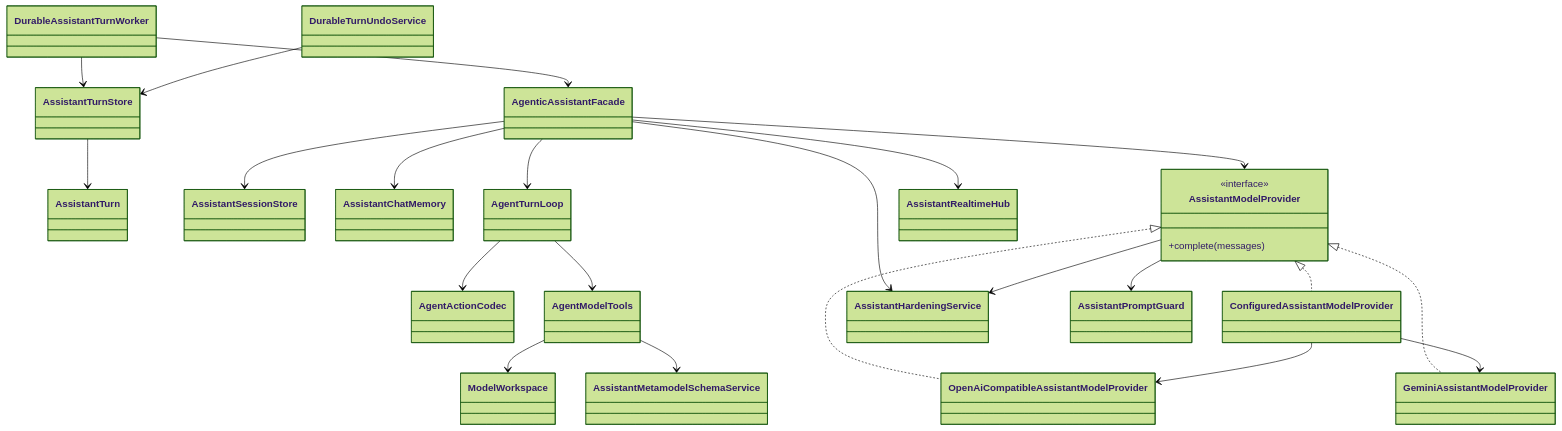
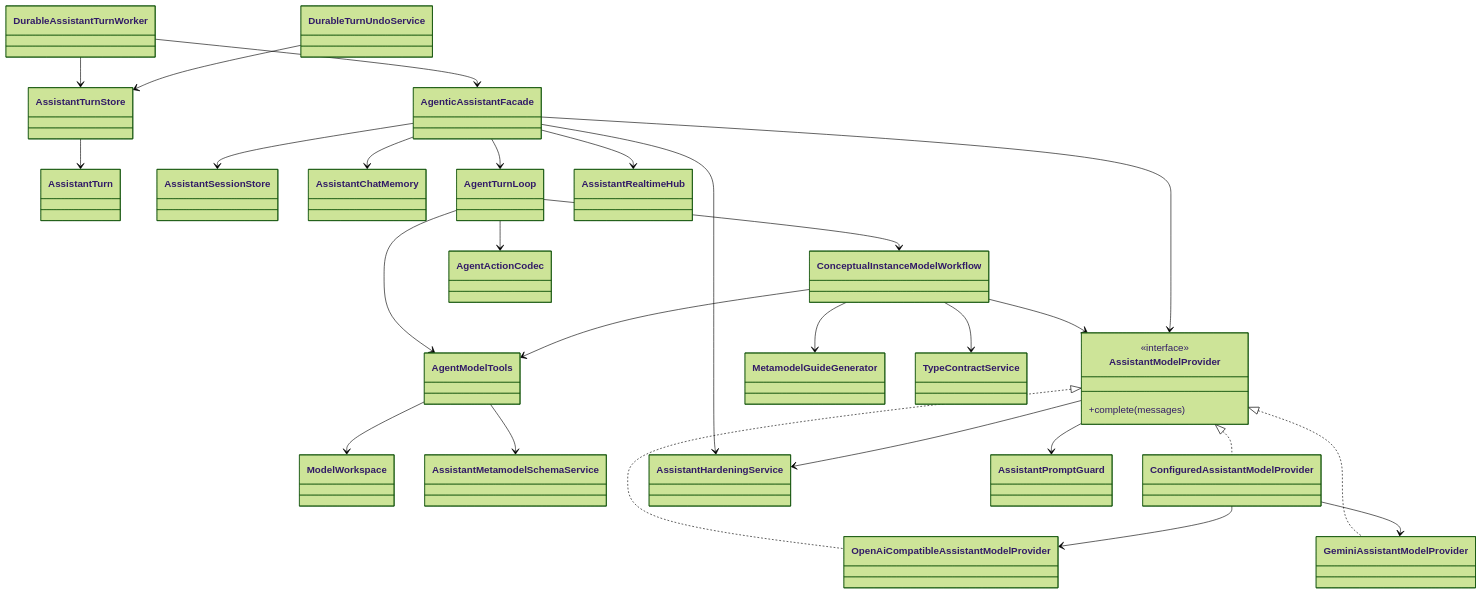
The third of 3 diagrams in docs/diagrams/06-core-class-relations.md (mehdieidi/modriss), drawn with Mermaid (forest theme) before and after one commit. The commit also changed 66 other files, not shown here.

First line of the commit message:
feat(ai): enhance assistant model provider and metamodel generator

````diff
--- a/docs/diagrams/06-core-class-relations.md
+++ b/docs/diagrams/06-core-class-relations.md
@@ -114,47 +114,55 @@
 ```mermaid
 classDiagram
     class AgenticAssistantFacade
     class DurableAssistantTurnWorker
     class AssistantTurnStore
     class AssistantTurn
     class AssistantSessionStore
     class AssistantChatMemory
     class AssistantModelProvider {
         <<interface>>
         +complete(messages)
     }
     class AgentTurnLoop
+    class ConceptualInstanceModelWorkflow
     class AgentActionCodec
     class AgentModelTools
     class ModelWorkspace
+    class MetamodelGuideGenerator
+    class TypeContractService
     class AssistantMetamodelSchemaService
     class ConfiguredAssistantModelProvider
     class OpenAiCompatibleAssistantModelProvider
     class GeminiAssistantModelProvider
     class AssistantRealtimeHub
     class AssistantHardeningService
     class AssistantPromptGuard
     class DurableTurnUndoService
 
     AssistantModelProvider <|.. ConfiguredAssistantModelProvider
     AssistantModelProvider <|.. OpenAiCompatibleAssistantModelProvider
     AssistantModelProvider <|.. GeminiAssistantModelProvider
     ConfiguredAssistantModelProvider --> OpenAiCompatibleAssistantModelProvider
     ConfiguredAssistantModelProvider --> GeminiAssistantModelProvider
     DurableAssistantTurnWorker --> AssistantTurnStore
     DurableAssistantTurnWorker --> AgenticAssistantFacade
     AssistantTurnStore --> AssistantTurn
     AgenticAssistantFacade --> AssistantSessionStore
     AgenticAssistantFacade --> AssistantChatMemory
     AgenticAssistantFacade --> AgentTurnLoop
+    AgentTurnLoop --> ConceptualInstanceModelWorkflow
     AgentTurnLoop --> AgentActionCodec
     AgentTurnLoop --> AgentModelTools
+    ConceptualInstanceModelWorkflow --> AssistantModelProvider
+    ConceptualInstanceModelWorkflow --> MetamodelGuideGenerator
+    ConceptualInstanceModelWorkflow --> TypeContractService
+    ConceptualInstanceModelWorkflow --> AgentModelTools
     AgentModelTools --> ModelWorkspace
     AgentModelTools --> AssistantMetamodelSchemaService
     AgenticAssistantFacade --> AssistantRealtimeHub
     AgenticAssistantFacade --> AssistantHardeningService
     AgenticAssistantFacade --> AssistantModelProvider
     AssistantModelProvider --> AssistantPromptGuard
     AssistantModelProvider --> AssistantHardeningService
     DurableTurnUndoService --> AssistantTurnStore
 ```
````
